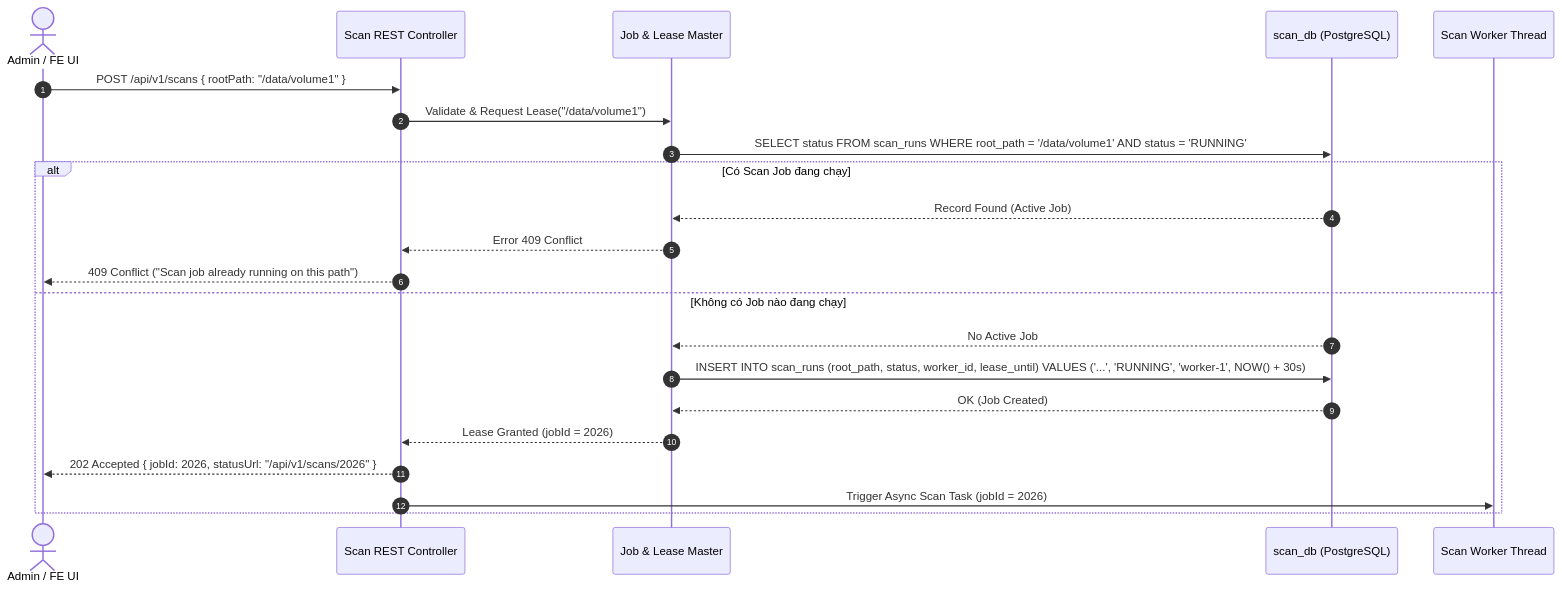
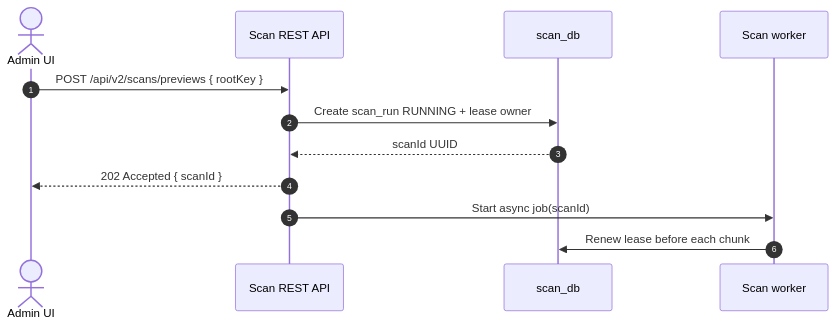
Before and after one commit to HungPhan200591/file-mngt-be-v2: the second of 6 diagrams in manual/learning/use-cases/scale-capacity/sc-01-scan-one-million-filesystem-entry/02-architecture-touchpoints-and-flows.md, drawn with Mermaid. The commit also changed other lines of this file and 1 other file, not shown here.

````diff
--- a/manual/learning/use-cases/scale-capacity/sc-01-scan-one-million-filesystem-entry/02-architecture-touchpoints-and-flows.md
+++ b/manual/learning/use-cases/scale-capacity/sc-01-scan-one-million-filesystem-entry/02-architecture-touchpoints-and-flows.md
@@ -126,25 +66,15 @@
 ```mermaid
 sequenceDiagram
     autonumber
-    actor Admin as Admin / FE UI
-    participant Ctrl as Scan REST Controller
-    participant JobMgr as Job & Lease Master
-    participant DB as scan_db (PostgreSQL)
-    participant Worker as Scan Worker Thread
+    actor Admin as Admin UI
+    participant API as Scan REST API
+    participant DB as scan_db
+    participant Worker as Scan worker
 
-    Admin->>Ctrl: POST /api/v1/scans { rootPath: "/data/volume1" }
-    Ctrl->>JobMgr: Validate & Request Lease("/data/volume1")
-    JobMgr->>DB: SELECT status FROM scan_runs WHERE root_path = '/data/volume1' AND status = 'RUNNING'
-    alt Có Scan Job đang chạy
-        DB-->>JobMgr: Record Found (Active Job)
-        JobMgr-->>Ctrl: Error 409 Conflict
-        Ctrl-->>Admin: 409 Conflict ("Scan job already running on this path")
-    else Không có Job nào đang chạy
-        DB-->>JobMgr: No Active Job
-        JobMgr->>DB: INSERT INTO scan_runs (root_path, status, worker_id, lease_until) VALUES ('...', 'RUNNING', 'worker-1', NOW() + 30s)
-        DB-->>JobMgr: OK (Job Created)
-        JobMgr-->>Ctrl: Lease Granted (jobId = 2026)
-        Ctrl-->>Admin: 202 Accepted { jobId: 2026, statusUrl: "/api/v1/scans/2026" }
-        Ctrl->>Worker: Trigger Async Scan Task (jobId = 2026)
-    end
+    Admin->>API: POST /api/v2/scans/previews { rootKey }
+    API->>DB: Create scan_run RUNNING + lease owner
+    DB-->>API: scanId UUID
+    API-->>Admin: 202 Accepted { scanId }
+    API->>Worker: Start async job(scanId)
+    Worker->>DB: Renew lease before each chunk
 ```
````
